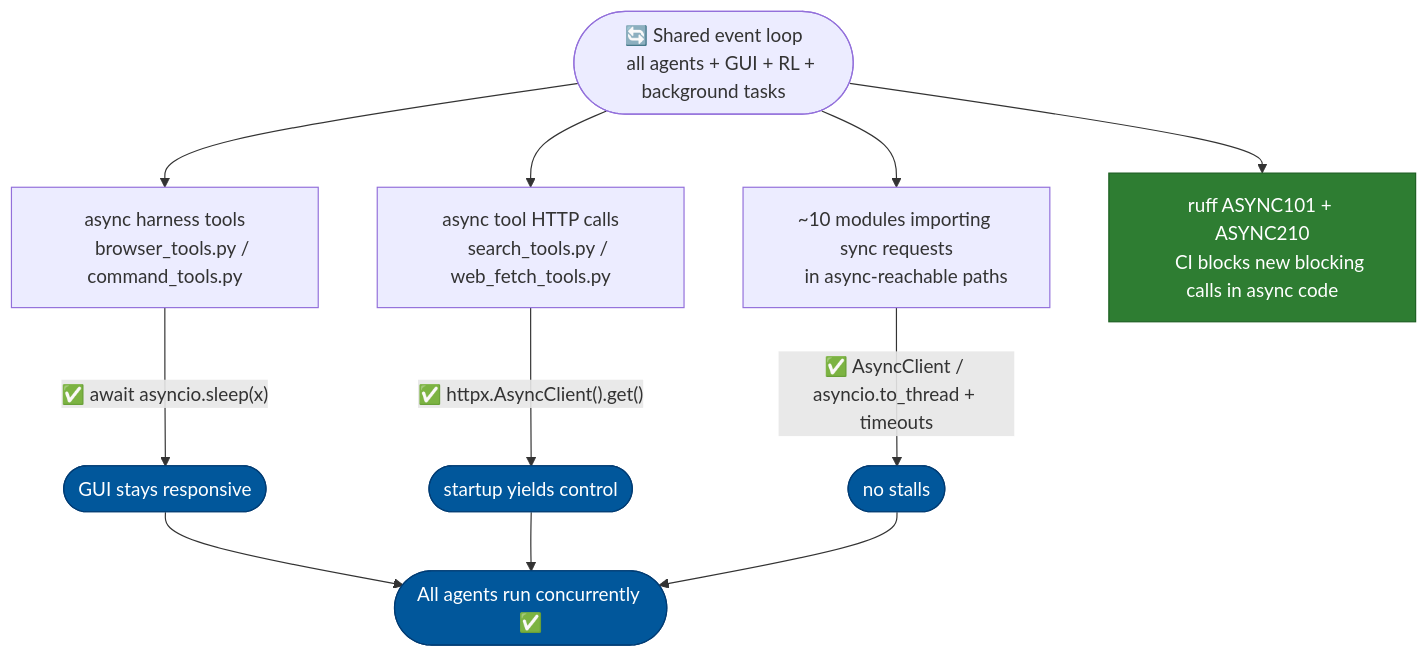
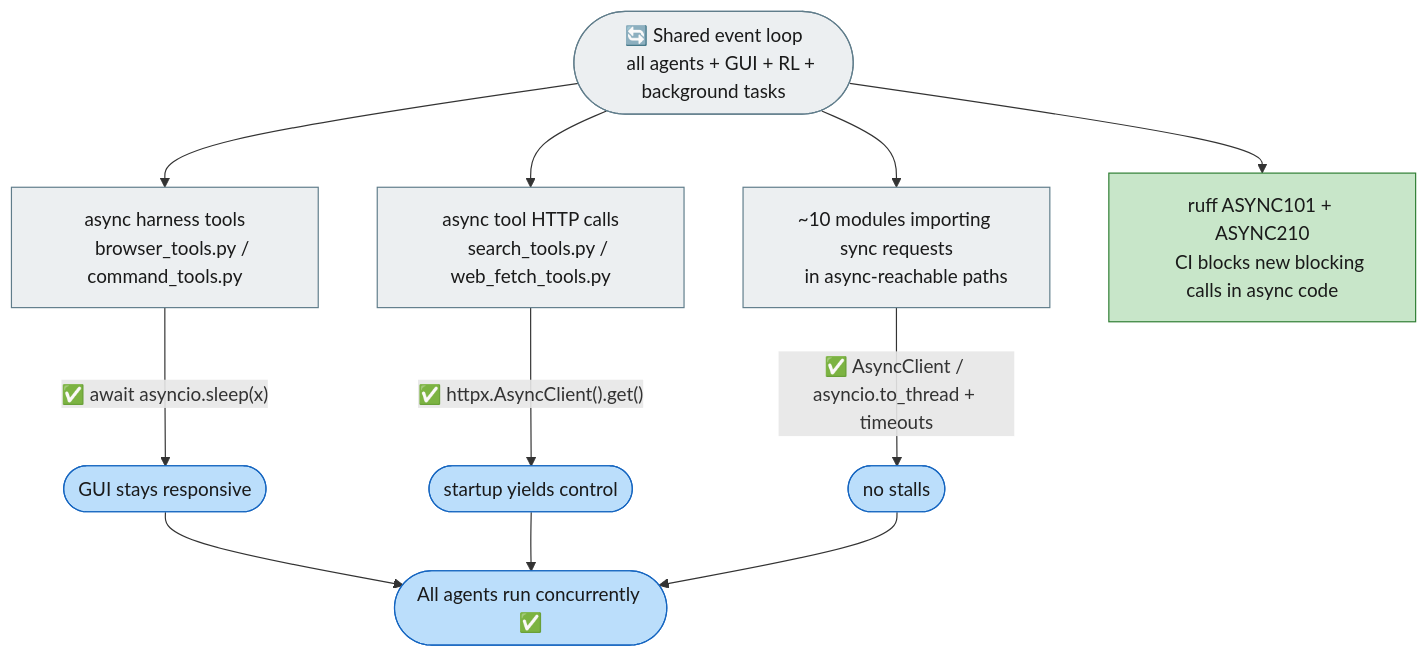
Before and after one commit to michaelatamuk/agentic-desk: the second of 2 diagrams in docs-michael/issues/01-bug-event-loop-blocking-jiuwenswarm.md, drawn with Mermaid. The commit also changed other lines of this file and 6 other files, not shown here.

````diff
--- a/docs-michael/issues/01-bug-event-loop-blocking-jiuwenswarm.md
+++ b/docs-michael/issues/01-bug-event-loop-blocking-jiuwenswarm.md
@@ -179,24 +180,25 @@
 ```mermaid
 flowchart TD
-    classDef fix fill:#2E7D32,color:#fff,stroke:#1B5E20
-    classDef ok  fill:#01579B,color:#fff,stroke:#003c74
+    classDef fix   fill:#C8E6C9,color:#1a1a1a,stroke:#2E7D32
+    classDef ok    fill:#BBDEFB,color:#1a1a1a,stroke:#1565C0
+    classDef plain fill:#ECEFF1,color:#1a1a1a,stroke:#607D8B
 
     LOOP(["🔄 Shared event loop
-    all agents + GUI + RL + background tasks"])
+    all agents + GUI + RL + background tasks"]):::plain
 
     LOOP --> A["async harness tools
-    browser_tools.py / command_tools.py"]
+    browser_tools.py / command_tools.py"]:::plain
     LOOP --> B["async tool HTTP calls
-    search_tools.py / web_fetch_tools.py"]
+    search_tools.py / web_fetch_tools.py"]:::plain
     LOOP --> C["~10 modules importing sync requests
-    in async-reachable paths"]
+    in async-reachable paths"]:::plain
 
     A -->|"✅ await asyncio.sleep(x)"| OK1(["GUI stays responsive"]):::ok
     B -->|"✅ httpx.AsyncClient().get()"| OK2(["startup yields control"]):::ok
     C -->|"✅ AsyncClient / asyncio.to_thread + timeouts"| OK3(["no stalls"]):::ok
 
     LOOP --> LINT["ruff ASYNC101 + ASYNC210
     CI blocks new blocking calls in async code"]:::fix
 
     OK1 & OK2 & OK3 --> DONE(["All agents run concurrently ✅"]):::ok
 ```
````
